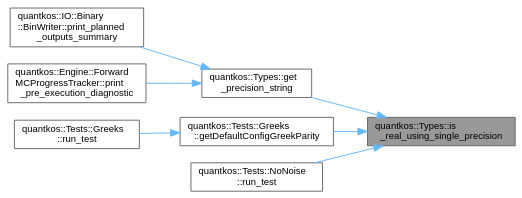
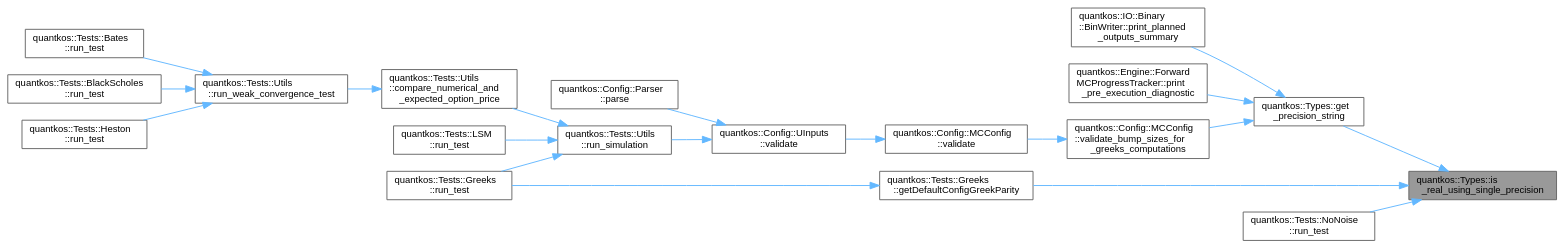
Before and after one commit to zeno-geddo/QuantKos: the diagram in dev-zen/namespacequantkos_1_1Types_a8c704f9d43e21008b8b480926176195a_icgraph.dot, drawn with Graphviz. The commit also changed 50 other files, not shown here.

```diff
--- a/dev-zen/namespacequantkos_1_1Types_a8c704f9d43e21008b8b480926176195a_icgraph.dot
+++ b/dev-zen/namespacequantkos_1_1Types_a8c704f9d43e21008b8b480926176195a_icgraph.dot
@@ -1,21 +1,44 @@
 digraph "quantkos::Types::is_real_using_single_precision"
 {
  // LATEX_PDF_SIZE
   bgcolor="transparent";
   edge [fontname=Helvetica,fontsize=10,labelfontname=Helvetica,labelfontsize=10];
   node [fontname=Helvetica,fontsize=10,shape=box,height=0.2,width=0.4];
   rankdir="RL";
   Node1 [id="Node000001",label="quantkos::Types::is\l_real_using_single_precision",height=0.2,width=0.4,color="gray40", fillcolor="grey60", style="filled", fontcolor="black",tooltip="Helper function to know is using single precision at run time."];
   Node1 -> Node2 [id="edge1_Node000001_Node000002",dir="back",color="steelblue1",style="solid",tooltip=" "];
   Node2 [id="Node000002",label="quantkos::Types::get\l_precision_string",height=0.2,width=0.4,color="grey40", fillcolor="white", style="filled",URL="$namespacequantkos_1_1Types.html#a54bbf79b351cd3e1a6bdd32df871f579",tooltip="Helper function to get a string showing the precision used."];
   Node2 -> Node3 [id="edge2_Node000002_Node000003",dir="back",color="steelblue1",style="solid",tooltip=" "];
   Node3 [id="Node000003",label="quantkos::IO::Binary\l::BinWriter::print_planned\l_outputs_summary",height=0.2,width=0.4,color="grey40", fillcolor="white", style="filled",URL="$classquantkos_1_1IO_1_1Binary_1_1BinWriter.html#a800c48ca1967d151fc997a204c3d885f",tooltip="Prints a clean summary layout of the binary file structure to the standard console."];
   Node2 -> Node4 [id="edge3_Node000002_Node000004",dir="back",color="steelblue1",style="solid",tooltip=" "];
   Node4 [id="Node000004",label="quantkos::Engine::Forward\lMCProgressTracker::print\l_pre_execution_diagnostic",height=0.2,width=0.4,color="grey40", fillcolor="white", style="filled",URL="$classquantkos_1_1Engine_1_1ForwardMCProgressTracker.html#a57df6da9144fc09429fa458d04016f6e",tooltip="Formats and outputs an exhaustive audit of execution parameters and hardware memory footprints."];
-  Node1 -> Node5 [id="edge4_Node000001_Node000005",dir="back",color="steelblue1",style="solid",tooltip=" "];
-  Node5 [id="Node000005",label="quantkos::Tests::Greeks\l::getDefaultConfigGreekParity",height=0.2,width=0.4,color="grey40", fillcolor="white", style="filled",URL="$namespacequantkos_1_1Tests_1_1Greeks.html#aa0236c1b50541c68d72c56ba853419bf",tooltip="Generates a baseline European option configuration under Heston dynamics."];
+  Node2 -> Node5 [id="edge4_Node000002_Node000005",dir="back",color="steelblue1",style="solid",tooltip=" "];
+  Node5 [id="Node000005",label="quantkos::Config::MCConfig\l::validate_bump_sizes_for\l_greeks_computations",height=0.2,width=0.4,color="grey40", fillcolor="white", style="filled",URL="$structquantkos_1_1Config_1_1MCConfig.html#a512b85b584adca487b530d9bec3d4edd",tooltip="Validates that Greek bump sizes are mathematically safe."];
   Node5 -> Node6 [id="edge5_Node000005_Node000006",dir="back",color="steelblue1",style="solid",tooltip=" "];
-  Node6 [id="Node000006",label="quantkos::Tests::Greeks\l::run_test",height=0.2,width=0.4,color="grey40", fillcolor="white", style="filled",URL="$namespacequantkos_1_1Tests_1_1Greeks.html#a75b4ea46847d109d3e83a344be19bba0",tooltip="Performs the Structural Put-Call Parity test for Monte Carlo Greeks."];
-  Node1 -> Node7 [id="edge6_Node000001_Node000007",dir="back",color="steelblue1",style="solid",tooltip=" "];
-  Node7 [id="Node000007",label="quantkos::Tests::NoNoise\l::run_test",height=0.2,width=0.4,color="grey40", fillcolor="white", style="filled",URL="$namespacequantkos_1_1Tests_1_1NoNoise.html#a50ee150de4accb83b54883d7eee78ca7",tooltip="Runs the Zero Variance Forward Growth integration test."];
+  Node6 [id="Node000006",label="quantkos::Config::MCConfig\l::validate",height=0.2,width=0.4,color="grey40", fillcolor="white", style="filled",URL="$structquantkos_1_1Config_1_1MCConfig.html#aad4dbe4454a332b232b6826db4f993b9",tooltip="Validates hardware limits and simulation parameters."];
+  Node6 -> Node7 [id="edge6_Node000006_Node000007",dir="back",color="steelblue1",style="solid",tooltip=" "];
+  Node7 [id="Node000007",label="quantkos::Config::UInputs\l::validate",height=0.2,width=0.4,color="grey40", fillcolor="white", style="filled",URL="$structquantkos_1_1Config_1_1UInputs.html#a47a3789b6fa1fa48d5d4e72ba2175f12",tooltip="Performs a full validation of all sub-configurations."];
+  Node7 -> Node8 [id="edge7_Node000007_Node000008",dir="back",color="steelblue1",style="solid",tooltip=" "];
+  Node8 [id="Node000008",label="quantkos::Config::Parser\l::parse",height=0.2,width=0.4,color="grey40", fillcolor="white", style="filled",URL="$classquantkos_1_1Config_1_1Parser.html#aabc3ac2aea636393b33217ea50d5c51a",tooltip="Parses a YAML configuration file and populates the master input parameters block."];
+  Node7 -> Node9 [id="edge8_Node000007_Node000009",dir="back",color="steelblue1",style="solid",tooltip=" "];
+  Node9 [id="Node000009",label="quantkos::Tests::Utils\l::run_simulation",height=0.2,width=0.4,color="grey40", fillcolor="white", style="filled",URL="$namespacequantkos_1_1Tests_1_1Utils.html#a7ba58271fae7a001558c83b87d90e476",tooltip="Stateless entry point that validates configuration states and launches a simulation run."];
+  Node9 -> Node10 [id="edge9_Node000009_Node000010",dir="back",color="steelblue1",style="solid",tooltip=" "];
+  Node10 [id="Node000010",label="quantkos::Tests::Utils\l::compare_numerical_and\l_expected_option_price",height=0.2,width=0.4,color="grey40", fillcolor="white", style="filled",URL="$namespacequantkos_1_1Tests_1_1Utils.html#aa7e2d8e918ec0460eddd8acd2882a264",tooltip="Launches a single simulation block and evaluates absolute error against an exact benchmark."];
+  Node10 -> Node11 [id="edge10_Node000010_Node000011",dir="back",color="steelblue1",style="solid",tooltip=" "];
+  Node11 [id="Node000011",label="quantkos::Tests::Utils\l::run_weak_convergence_test",height=0.2,width=0.4,color="grey40", fillcolor="white", style="filled",URL="$namespacequantkos_1_1Tests_1_1Utils.html#a0b57a4bcb249c0dfb7dec2bd4348661a",tooltip="Automates a multi-model weak convergence analysis."];
+  Node11 -> Node12 [id="edge11_Node000011_Node000012",dir="back",color="steelblue1",style="solid",tooltip=" "];
+  Node12 [id="Node000012",label="quantkos::Tests::Bates\l::run_test",height=0.2,width=0.4,color="grey40", fillcolor="white", style="filled",URL="$namespacequantkos_1_1Tests_1_1Bates.html#a964fdf7cc22700bdc4cc24e553b961cf",tooltip="Runs the weak convergence test sweep comparing numerical option prices to the Bates exact analytical ..."];
+  Node11 -> Node13 [id="edge12_Node000011_Node000013",dir="back",color="steelblue1",style="solid",tooltip=" "];
+  Node13 [id="Node000013",label="quantkos::Tests::BlackScholes\l::run_test",height=0.2,width=0.4,color="grey40", fillcolor="white", style="filled",URL="$namespacequantkos_1_1Tests_1_1BlackScholes.html#a10d200477b9810ca394f1e0e876b1105",tooltip="Executes the weak convergence test comparing numerical outcomes to Black-Scholes exact pricing."];
+  Node11 -> Node14 [id="edge13_Node000011_Node000014",dir="back",color="steelblue1",style="solid",tooltip=" "];
+  Node14 [id="Node000014",label="quantkos::Tests::Heston\l::run_test",height=0.2,width=0.4,color="grey40", fillcolor="white", style="filled",URL="$namespacequantkos_1_1Tests_1_1Heston.html#ac83c9c8e51fbd7563ee9d5cebfae3b3e",tooltip="Runs the weak convergence test comparing numerical option prices to the Heston exact analytical price..."];
+  Node9 -> Node15 [id="edge14_Node000009_Node000015",dir="back",color="steelblue1",style="solid",tooltip=" "];
+  Node15 [id="Node000015",label="quantkos::Tests::LSM\l::run_test",height=0.2,width=0.4,color="grey40", fillcolor="white", style="filled",URL="$namespacequantkos_1_1Tests_1_1LSM.html#af8142e2cbf2957687b7124902e15fc42",tooltip=" "];
+  Node9 -> Node16 [id="edge15_Node000009_Node000016",dir="back",color="steelblue1",style="solid",tooltip=" "];
+  Node16 [id="Node000016",label="quantkos::Tests::Greeks\l::run_test",height=0.2,width=0.4,color="grey40", fillcolor="white", style="filled",URL="$namespacequantkos_1_1Tests_1_1Greeks.html#a75b4ea46847d109d3e83a344be19bba0",tooltip="Performs the Structural Put-Call Parity test for Monte Carlo Greeks."];
+  Node1 -> Node17 [id="edge16_Node000001_Node000017",dir="back",color="steelblue1",style="solid",tooltip=" "];
+  Node17 [id="Node000017",label="quantkos::Tests::Greeks\l::getDefaultConfigGreekParity",height=0.2,width=0.4,color="grey40", fillcolor="white", style="filled",URL="$namespacequantkos_1_1Tests_1_1Greeks.html#aa0236c1b50541c68d72c56ba853419bf",tooltip="Generates a baseline European option configuration under Heston dynamics."];
+  Node17 -> Node16 [id="edge17_Node000017_Node000016",dir="back",color="steelblue1",style="solid",tooltip=" "];
+  Node1 -> Node18 [id="edge18_Node000001_Node000018",dir="back",color="steelblue1",style="solid",tooltip=" "];
+  Node18 [id="Node000018",label="quantkos::Tests::NoNoise\l::run_test",height=0.2,width=0.4,color="grey40", fillcolor="white", style="filled",URL="$namespacequantkos_1_1Tests_1_1NoNoise.html#a50ee150de4accb83b54883d7eee78ca7",tooltip="Runs the Zero Variance Forward Growth integration test."];
 }
```
